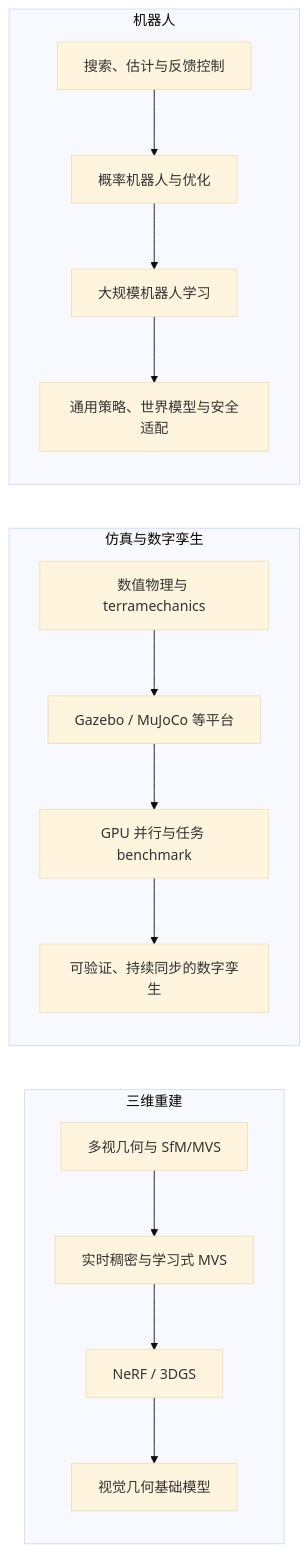
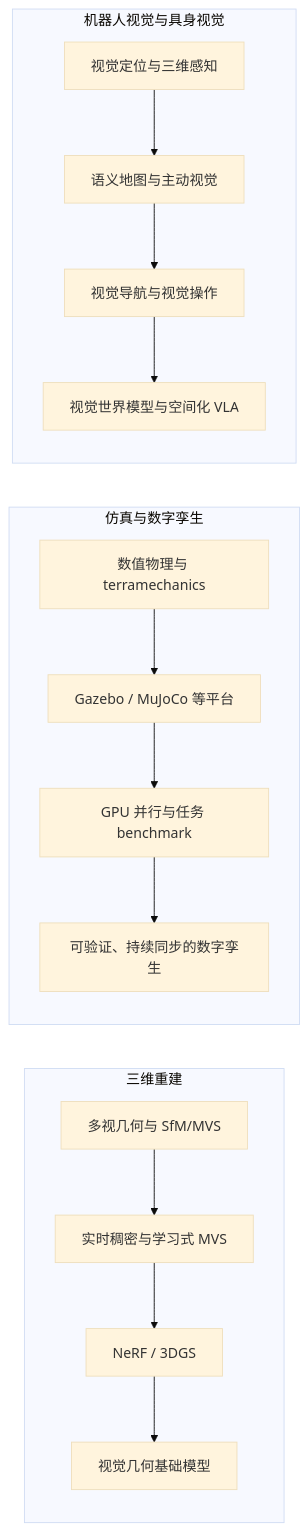
The diagram in research-radar/2026-08-31/README.md (amengi/3D-VR-agent-skills), drawn with Mermaid (base theme) before and after one commit. The commit also changed other lines of this file and 2 other files, not shown here.

````diff
--- a/research-radar/2026-08-31/README.md
+++ b/research-radar/2026-08-31/README.md
@@ -16,12 +16,12 @@
 ```mermaid
 flowchart LR
   subgraph G[三维重建]
     G1[多视几何与 SfM/MVS] --> G2[实时稠密与学习式 MVS] --> G3[NeRF / 3DGS] --> G4[视觉几何基础模型]
   end
   subgraph S[仿真与数字孪生]
     S1[数值物理与 terramechanics] --> S2[Gazebo / MuJoCo 等平台] --> S3[GPU 并行与任务 benchmark] --> S4[可验证、持续同步的数字孪生]
   end
-  subgraph R[机器人]
-    R1[搜索、估计与反馈控制] --> R2[概率机器人与优化] --> R3[大规模机器人学习] --> R4[通用策略、世界模型与安全适配]
+  subgraph R[机器人视觉与具身视觉]
+    R1[视觉定位与三维感知] --> R2[语义地图与主动视觉] --> R3[视觉导航与视觉操作] --> R4[视觉世界模型与空间化 VLA]
   end
 ```
````
